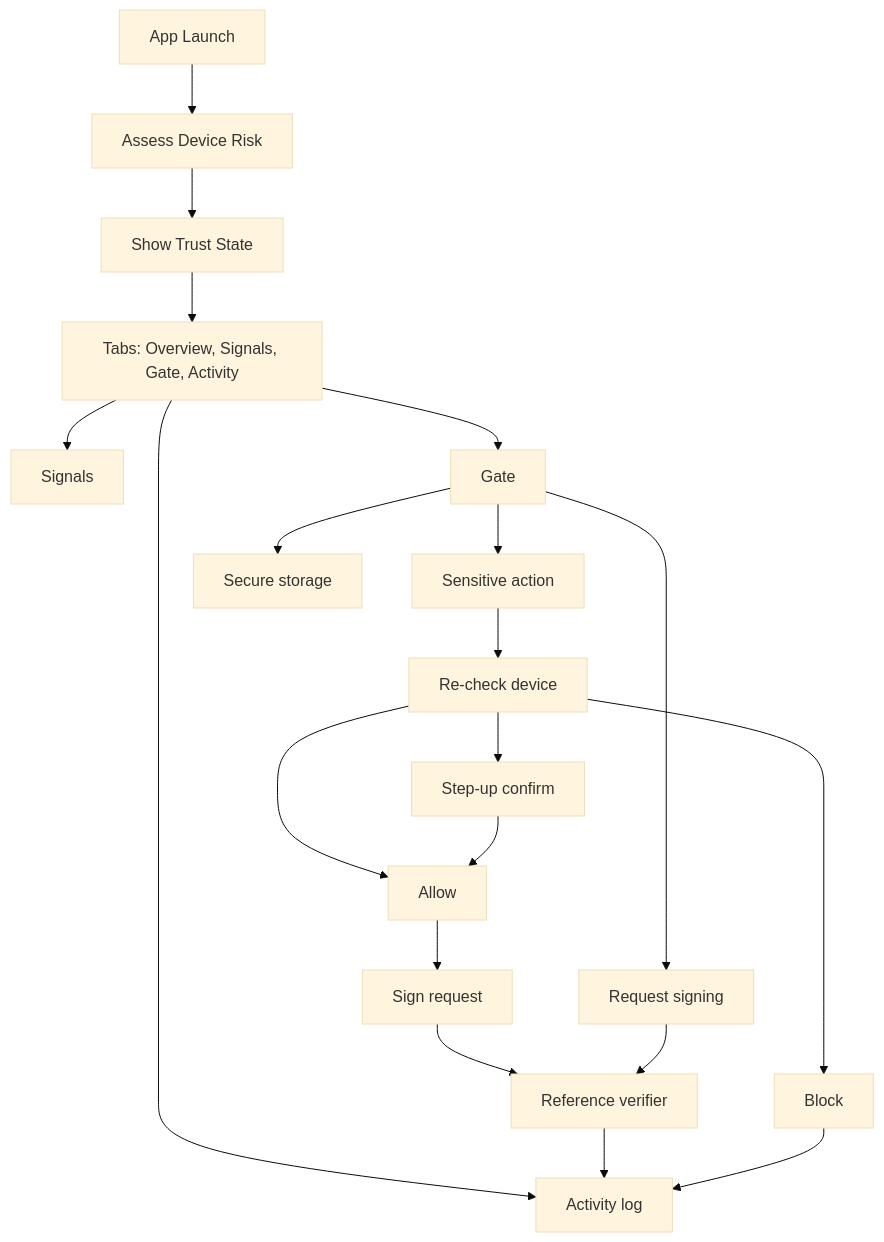
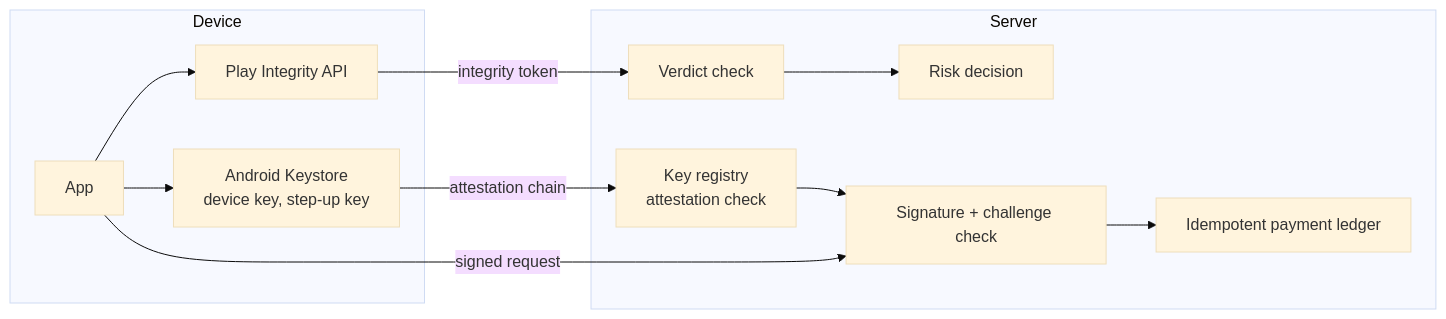
The second of 2 diagrams in README.md (fattah247/trustgate-android), drawn with Mermaid (base theme) before and after one commit. The commit also changed other lines of this file and 4 other files, not shown here.

````diff
--- a/README.md
+++ b/README.md
@@ -22,22 +83,15 @@
 ```mermaid
-flowchart TD
-    A[App Launch] --> B[Assess Device Risk]
-    B --> C[Show Trust State]
-    C --> D[Tabs: Overview, Signals, Gate, Activity]
-    D --> E[Signals]
-    D --> F[Gate]
-    D --> G[Activity log]
-    F --> H[Sensitive action]
-    F --> I[Request signing]
-    F --> J[Secure storage]
-    H --> N[Re-check device]
-    N --> K[Allow]
-    N --> L[Step-up confirm]
-    N --> M[Block]
-    L --> K
-    K --> P[Sign request]
-    P --> Q[Reference verifier]
-    I --> Q
-    Q --> G
-    M --> G
+flowchart LR
+    subgraph Device
+        A[App] --> K[Android Keystore<br/>device key, step-up key]
+        A --> PI[Play Integrity API]
+    end
+    subgraph Server
+        V[Verdict check] --> D[Risk decision]
+        R[Key registry<br/>attestation check] --> S[Signature + challenge check]
+        S --> P[Idempotent payment ledger]
+    end
+    PI -- integrity token --> V
+    K -- attestation chain --> R
+    A -- signed request --> S
 ```
````
